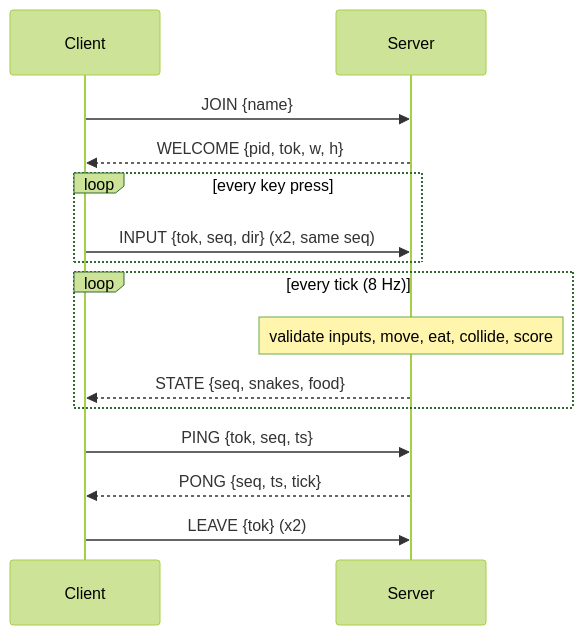
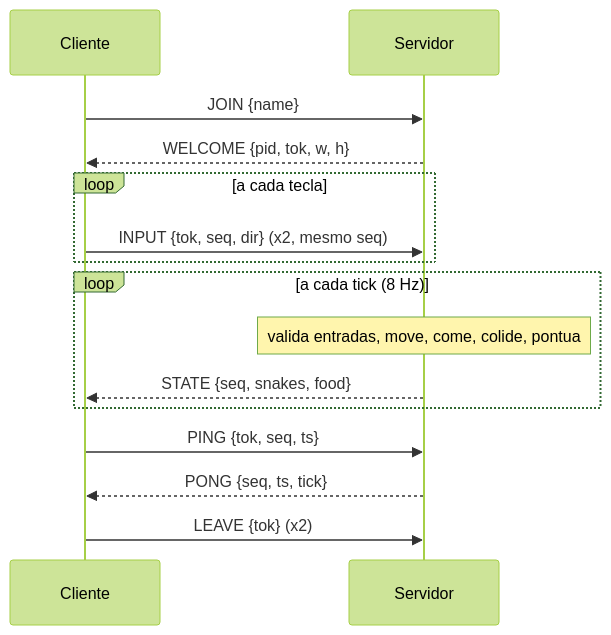
One commit to Astreus-J/SnakeNet changed the second of 2 diagrams in docs/ARCHITECTURE.md. Above: the diagram before and after it, drawn with Mermaid (forest theme). The commit also changed other lines of this file and 7 other files, not shown here.

````diff
--- a/docs/ARCHITECTURE.md
+++ b/docs/ARCHITECTURE.md
@@ -32,17 +32,17 @@
 ```mermaid
 sequenceDiagram
-  participant C as Client
-  participant S as Server
+  participant C as Cliente
+  participant S as Servidor
   C->>S: JOIN {name}
   S-->>C: WELCOME {pid, tok, w, h}
-  loop every key press
-    C->>S: INPUT {tok, seq, dir} (x2, same seq)
+  loop a cada tecla
+    C->>S: INPUT {tok, seq, dir} (x2, mesmo seq)
   end
-  loop every tick (8 Hz)
-    Note over S: validate inputs, move, eat, collide, score
+  loop a cada tick (8 Hz)
+    Note over S: valida entradas, move, come, colide, pontua
     S-->>C: STATE {seq, snakes, food}
   end
   C->>S: PING {tok, seq, ts}
   S-->>C: PONG {seq, ts, tick}
   C->>S: LEAVE {tok} (x2)
 ```
````
